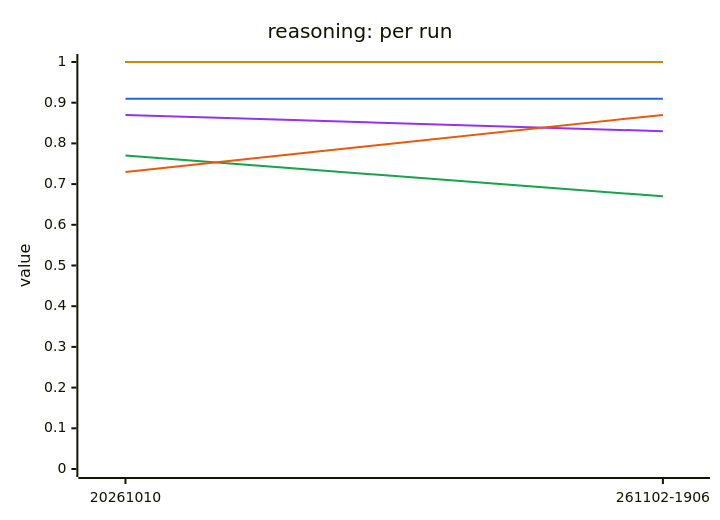
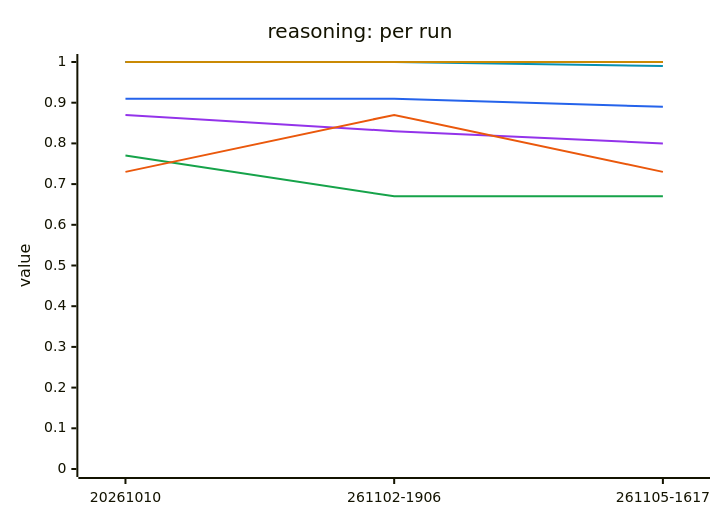
One commit to megagonlabs/blue-data-user-source changed the first of 2 diagrams in lib/tests/benchmarks/reasoning/results/README.md. Above: the diagram before and after it, drawn with Mermaid. The commit also changed other lines of this file and 5 other files, not shown here.

````diff
--- a/lib/tests/benchmarks/reasoning/results/README.md
+++ b/lib/tests/benchmarks/reasoning/results/README.md
@@ -34,14 +34,14 @@
 ```mermaid
 %%{init: {"themeVariables": {"xyChart": {"plotColorPalette": "#2563eb, #16a34a, #dc2626, #9333ea, #ea580c, #0891b2, #ca8a04"}}}}%%
 xychart-beta
     title "reasoning: per run"
-    x-axis ["20261010", "261102-1906"]
+    x-axis ["20261010", "261102-1906", "261105-1617"]
     y-axis "value" 0 --> 1
-    line [0.91, 0.91]
-    line [0.77, 0.67]
-    line [1.00, 1.00]
-    line [0.87, 0.83]
-    line [0.73, 0.87]
-    line [1.00, 1.00]
-    line [1.00, 1.00]
+    line [0.91, 0.91, 0.89]
+    line [0.77, 0.67, 0.67]
+    line [1.00, 1.00, 1.00]
+    line [0.87, 0.83, 0.80]
+    line [0.73, 0.87, 0.73]
+    line [1.00, 1.00, 0.99]
+    line [1.00, 1.00, 1.00]
 ```
````
